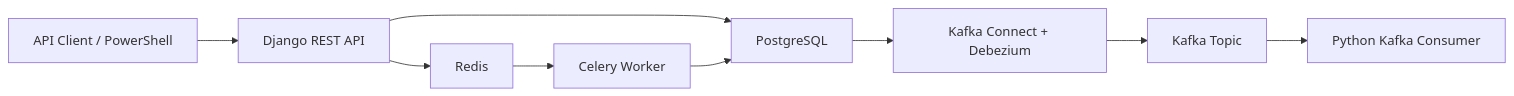
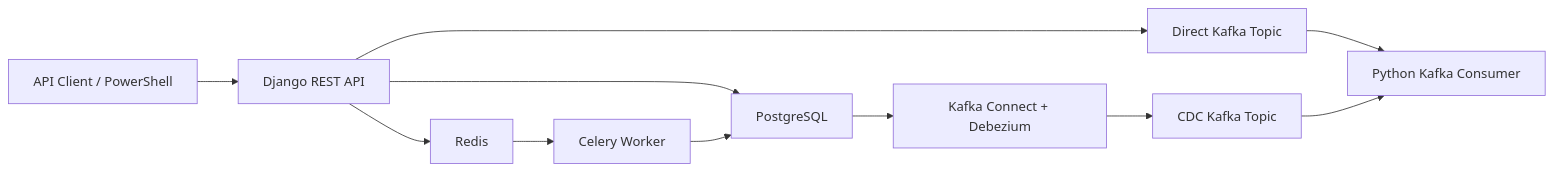
One commit to vipulkumarpandey111/Retail_Management changed the diagram in docs/project-explainer.md. Above: the diagram before and after it, drawn with Mermaid. The commit also changed other lines of this file and 8 other files, not shown here.

````diff
--- a/docs/project-explainer.md
+++ b/docs/project-explainer.md
@@ -24,11 +26,13 @@
 ```mermaid
 flowchart LR
     Client["API Client / PowerShell"] --> API["Django REST API"]
     API --> PG["PostgreSQL"]
     API --> Redis["Redis"]
+    API --> DirectKafka["Direct Kafka Topic"]
     Redis --> Celery["Celery Worker"]
     Celery --> PG
     PG --> Debezium["Kafka Connect + Debezium"]
-    Debezium --> Kafka["Kafka Topic"]
-    Kafka --> Consumer["Python Kafka Consumer"]
+    Debezium --> CDCKafka["CDC Kafka Topic"]
+    DirectKafka --> Consumer["Python Kafka Consumer"]
+    CDCKafka --> Consumer
 ```
````
